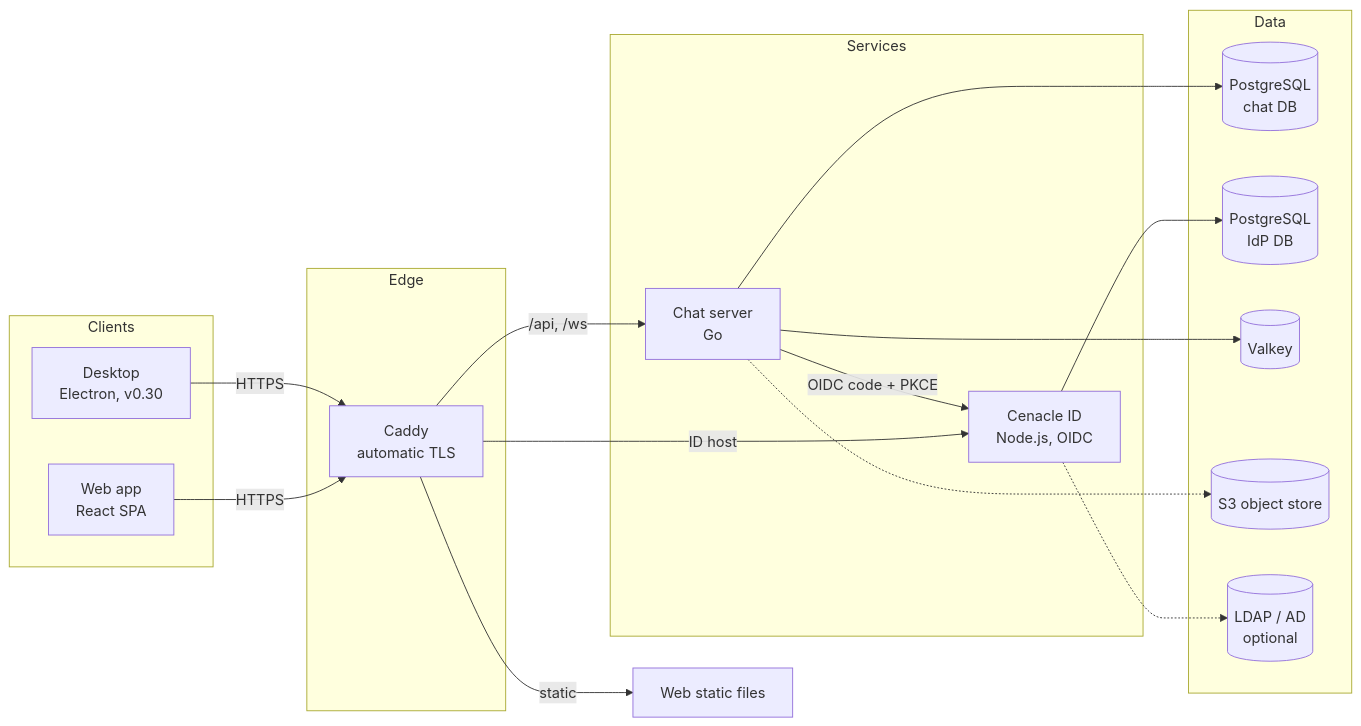
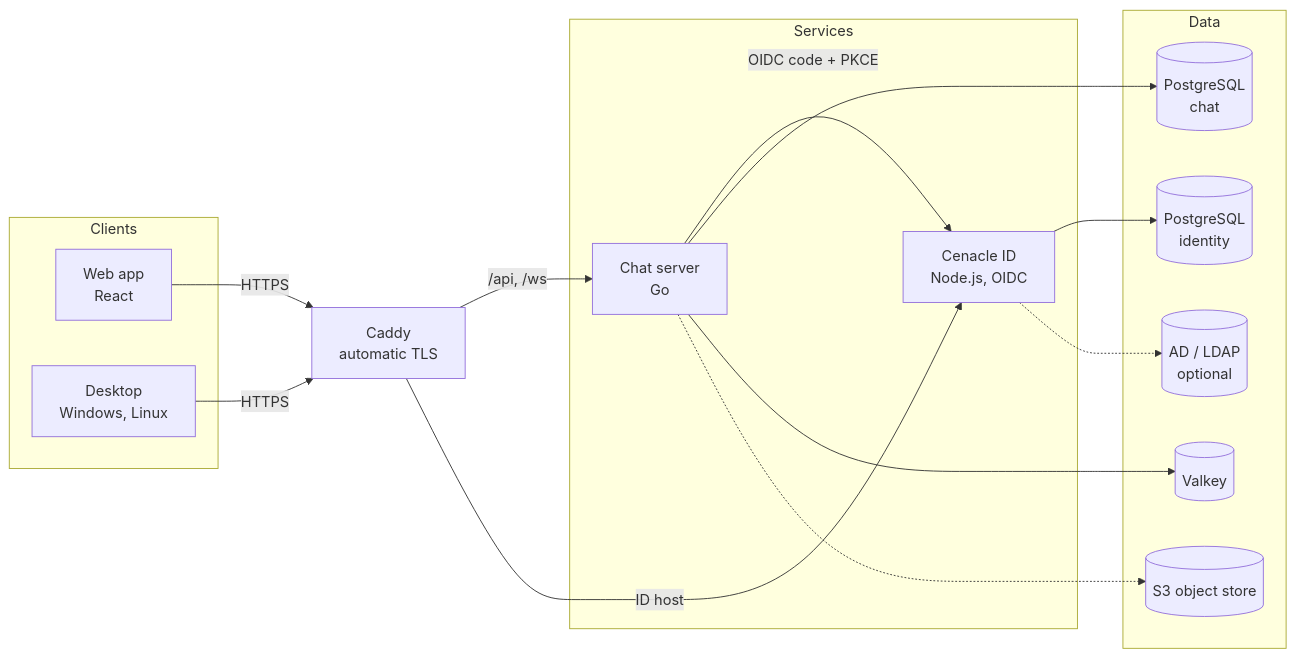
The diagram in README.md (barisshn35/cenacle), drawn with Mermaid before and after one commit. The commit also changed other lines of this file and 6 other files, not shown here.

````diff
--- a/README.md
+++ b/README.md
@@ -91,33 +198,30 @@
 ```mermaid
 flowchart LR
   subgraph Clients
-    W[Web app<br/>React SPA]
-    D[Desktop<br/>Electron, v0.30]
+    W[Web app<br/>React]
+    D[Desktop<br/>Windows, Linux]
   end
-  subgraph Edge
-    P[Caddy<br/>automatic TLS]
-  end
+  P[Caddy<br/>automatic TLS]
   subgraph Services
     S[Chat server<br/>Go]
     I[Cenacle ID<br/>Node.js, OIDC]
   end
   subgraph Data
-    PGC[(PostgreSQL<br/>chat DB)]
-    PGI[(PostgreSQL<br/>IdP DB)]
+    PGC[(PostgreSQL<br/>chat)]
+    PGI[(PostgreSQL<br/>identity)]
     V[(Valkey)]
     O[(S3 object store)]
-    L[(LDAP / AD<br/>optional)]
+    L[(AD / LDAP<br/>optional)]
   end
 
   W -- HTTPS --> P
   D -- HTTPS --> P
   P -- "/api, /ws" --> S
-  P -- static --> WS[Web static files]
   P -- "ID host" --> I
   S -- "OIDC code + PKCE" --> I
   S --> PGC
   S --> V
   S -.-> O
   I --> PGI
   I -.-> L
 ```
````
